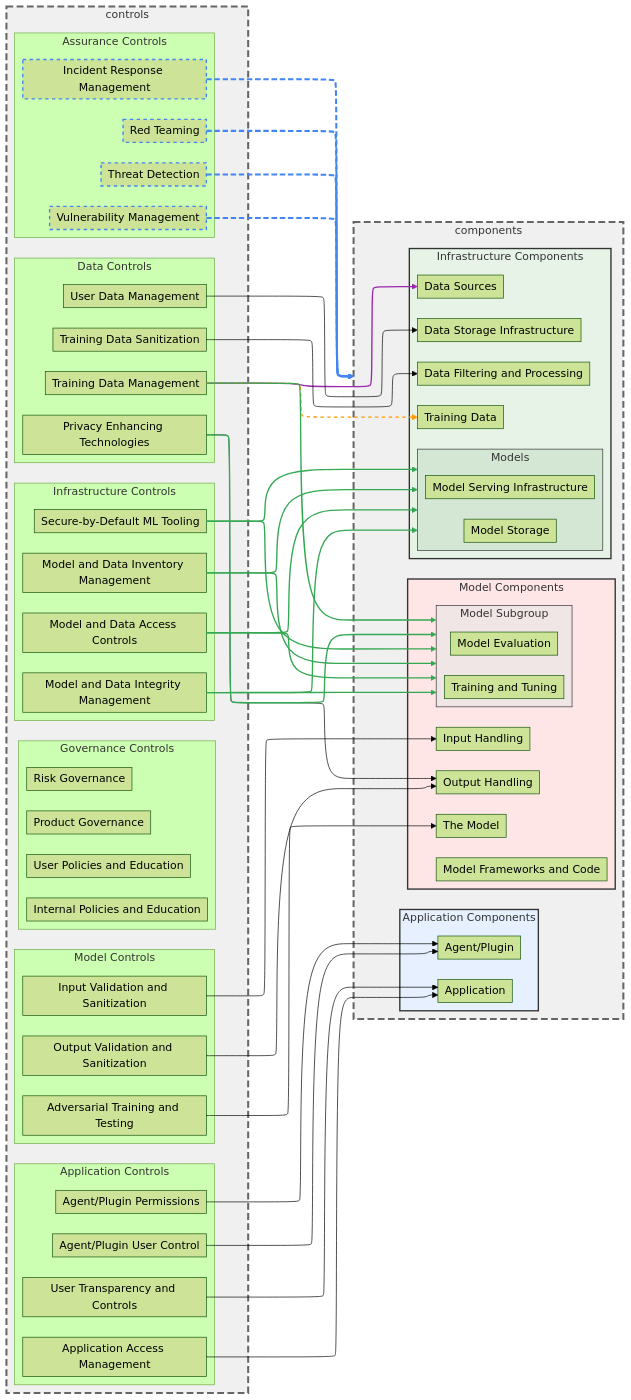
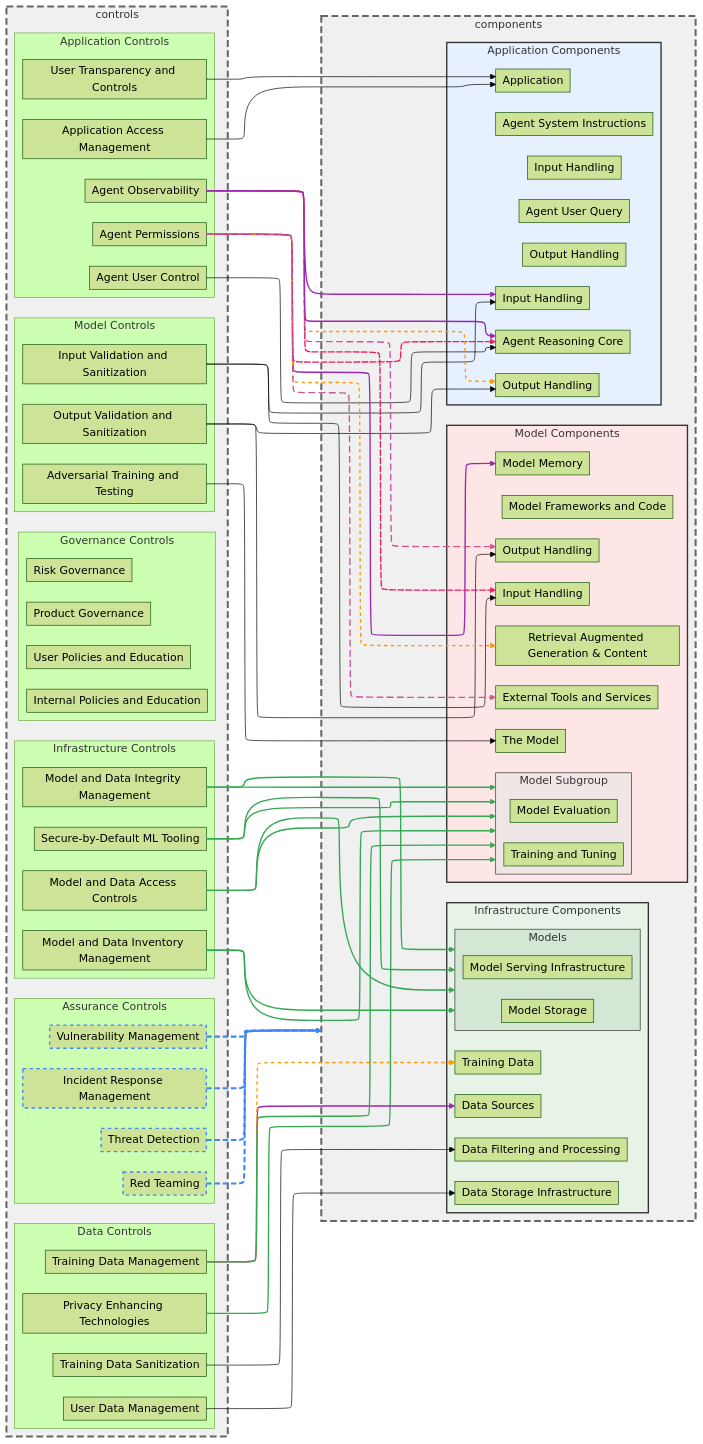
The diagram in risk-map/docs/controls-graph.mermaid (davidlabianca/secure-ai-tooling), drawn with Mermaid (forest theme) before and after one commit. The commit also changed 8 other files, not shown here.

Commit message:
Regenerated graphs after rebase on main

```diff
--- a/risk-map/docs/controls-graph.mermaid
+++ b/risk-map/docs/controls-graph.mermaid
@@ -1,136 +1,157 @@
 ---
 config:
   layout: elk
   elk:
     mergeEdges: True
     nodePlacementStrategy: NETWORK_SIMPLEX
 ---
 
 graph LR
    %%{init: {'flowchart': {'nodeSpacing': 25, 'rankSpacing': 150, 'padding': 5, 'wrappingWidth': 250}}}%%
     classDef hidden display: none;
     classDef allControl stroke:#4285f4,stroke-width:2px,stroke-dasharray: 5 5
 
     subgraph controls
     subgraph controlsData ["Data Controls"]
         controlPrivacyEnhancingTechnologies[Privacy Enhancing Technologies]
         controlTrainingDataManagement[Training Data Management]
         controlTrainingDataSanitization[Training Data Sanitization]
         controlUserDataManagement[User Data Management]
     end
 
     subgraph controlsInfrastructure ["Infrastructure Controls"]
         controlModelAndDataAccessControls[Model and Data Access Controls]
         controlModelAndDataIntegrityManagement[Model and Data Integrity Management]
         controlModelAndDataInventoryManagement[Model and Data Inventory Management]
         controlSecureByDefaultMLTooling[Secure-by-Default ML Tooling]
     end
 
     subgraph controlsModel ["Model Controls"]
         controlAdversarialTrainingAndTesting[Adversarial Training and Testing]
         controlInputValidationAndSanitization[Input Validation and Sanitization]
         controlOutputValidationAndSanitization[Output Validation and Sanitization]
     end
 
     subgraph controlsApplication ["Application Controls"]
-        controlAgentPluginPermissions[Agent/Plugin Permissions]
-        controlAgentPluginUserControl[Agent/Plugin User Control]
+        controlAgentObservability[Agent Observability]
+        controlAgentPluginPermissions[Agent Permissions]
+        controlAgentPluginUserControl[Agent User Control]
         controlApplicationAccessManagement[Application Access Management]
         controlUserTransparencyAndControls[User Transparency and Controls]
     end
 
     subgraph controlsAssurance ["Assurance Controls"]
         controlIncidentResponseManagement[Incident Response Management]
         controlRedTeaming[Red Teaming]
         controlThreatDetection[Threat Detection]
         controlVulnerabilityManagement[Vulnerability Management]
     end
 
     subgraph controlsGovernance ["Governance Controls"]
         direction LR
         controlInternalPoliciesAndEducation[Internal Policies and Education]
         controlProductGovernance[Product Governance]
         controlRiskGovernance[Risk Governance]
         controlUserPoliciesAndEducation[User Policies and Education]
     end
 
     end
 
     subgraph components
     subgraph componentsInfrastructure ["Infrastructure Components"]
         componentDataFilteringAndProcessing[Data Filtering and Processing]
         componentDataSources[Data Sources]
         componentDataStorage[Data Storage Infrastructure]
         componentTrainingData[Training Data]
         subgraph componentsModels ["Models"]
             componentModelServing[Model Serving Infrastructure]
             componentModelStorage[Model Storage]
         end
     end
 
     subgraph componentsModel ["Model Components"]
-        componentInputHandling[Input Handling]
+        componentMemory[Model Memory]
         componentModelFrameworksAndCode[Model Frameworks and Code]
-        componentOutputHandling[Output Handling]
+        componentOrchestrationInputHandling[Input Handling]
+        componentOrchestrationOutputHandling[Output Handling]
+        componentRAGContent[Retrieval Augmented Generation & Content]
         componentTheModel[The Model]
+        componentTools[External Tools and Services]
         subgraph componentsModelSubgroup ["Model Subgroup"]
             componentModelEvaluation[Model Evaluation]
             componentModelTrainingTuning[Training and Tuning]
         end
     end
 
     subgraph componentsApplication ["Application Components"]
-        componentAgentPlugin[Agent/Plugin]
+        componentAgentInputHandling[Input Handling]
+        componentAgentOutputHandling[Output Handling]
+        componentAgentSystemInstruction[Agent System Instructions]
+        componentAgentUserQuery[Agent User Query]
         componentApplication[Application]
+        componentApplicationInputHandling[Input Handling]
+        componentApplicationOutputHandling[Output Handling]
+        componentReasoningCore[Agent Reasoning Core]
     end
 
     end
 
     %% Control to Component relationships
-    controlPrivacyEnhancingTechnologies --> componentOutputHandling
     controlPrivacyEnhancingTechnologies --> componentsModelSubgroup
     controlTrainingDataManagement --> componentDataSources
     controlTrainingDataManagement --> componentTrainingData
     controlTrainingDataManagement --> componentsModelSubgroup
     controlTrainingDataSanitization --> componentDataFilteringAndProcessing
     controlUserDataManagement --> componentDataStorage
     controlModelAndDataInventoryManagement --> componentsModelSubgroup
     controlModelAndDataInventoryManagement --> componentsModels
     controlModelAndDataAccessControls --> componentsModelSubgroup
     controlModelAndDataAccessControls --> componentsModels
     controlModelAndDataIntegrityManagement --> componentsModelSubgroup
     controlModelAndDataIntegrityManagement --> componentsModels
     controlSecureByDefaultMLTooling --> componentsModelSubgroup
     controlSecureByDefaultMLTooling --> componentsModels
-    controlInputValidationAndSanitization --> componentInputHandling
-    controlOutputValidationAndSanitization --> componentOutputHandling
+    controlInputValidationAndSanitization --> componentAgentInputHandling
+    controlInputValidationAndSanitization --> componentOrchestrationInputHandling
+    controlOutputValidationAndSanitization --> componentAgentOutputHandling
+    controlOutputValidationAndSanitization --> componentOrchestrationOutputHandling
     controlAdversarialTrainingAndTesting --> componentTheModel
     controlApplicationAccessManagement --> componentApplication
     controlUserTransparencyAndControls --> componentApplication
-    controlAgentPluginUserControl --> componentAgentPlugin
-    controlAgentPluginPermissions --> componentAgentPlugin
+    controlAgentPluginUserControl --> componentReasoningCore
+    controlAgentPluginPermissions --> componentMemory
+    controlAgentPluginPermissions --> componentRAGContent
+    controlAgentPluginPermissions --> componentReasoningCore
+    controlAgentPluginPermissions --> componentTools
     controlRedTeaming -.-> components
     controlVulnerabilityManagement -.-> components
     controlThreatDetection -.-> components
     controlIncidentResponseManagement -.-> components
+    controlAgentObservability --> componentAgentInputHandling
+    controlAgentObservability --> componentAgentOutputHandling
+    controlAgentObservability --> componentOrchestrationInputHandling
+    controlAgentObservability --> componentOrchestrationOutputHandling
+    controlAgentObservability --> componentReasoningCore
 
     %% Apply styling to controls mapped to 'all'
     controlIncidentResponseManagement:::allControl
     controlRedTeaming:::allControl
     controlThreatDetection:::allControl
     controlVulnerabilityManagement:::allControl
 
     %% Edge styling
-    linkStyle 22,23,24,25 stroke:#4285f4,stroke-width:3px,stroke-dasharray: 8 4
-    linkStyle 1,4,7,8,9,10,11,12,13,14 stroke:#34a853,stroke-width:2px
-    linkStyle 2 stroke:#9c27b0,stroke-width:2px
-    linkStyle 3 stroke:#ff9800,stroke-width:2px,stroke-dasharray: 5 5
+    linkStyle 26,27,28,29 stroke:#4285f4,stroke-width:3px,stroke-dasharray: 8 4
+    linkStyle 0,3,6,7,8,9,10,11,12,13 stroke:#34a853,stroke-width:2px
+    linkStyle 1,22,30,34 stroke:#9c27b0,stroke-width:2px
+    linkStyle 2,23,31 stroke:#ff9800,stroke-width:2px,stroke-dasharray: 5 5
+    linkStyle 24,32 stroke:#e91e63,stroke-width:2px,stroke-dasharray: 10 2
+    linkStyle 25,33 stroke:#C95792,stroke-width:2px,stroke-dasharray: 10 5
 
 %% Node style definitions
     style components fill:#f0f0f0,stroke:#666666,stroke-width:3px,stroke-dasharray: 10 5
     style controls fill:#f0f0f0,stroke:#666666,stroke-width:3px,stroke-dasharray: 10 5
     style componentsInfrastructure fill:#e6f3e6,stroke:#333333,stroke-width:2px
     style componentsApplication fill:#e6f0ff,stroke:#333333,stroke-width:2px
     style componentsModel fill:#ffe6e6,stroke:#333333,stroke-width:2px
     style componentsModels fill:#d4e6d4,stroke:#333,stroke-width:1px
     style componentsModelSubgroup fill:#f0e6e6,stroke:#333,stroke-width:1px
```
